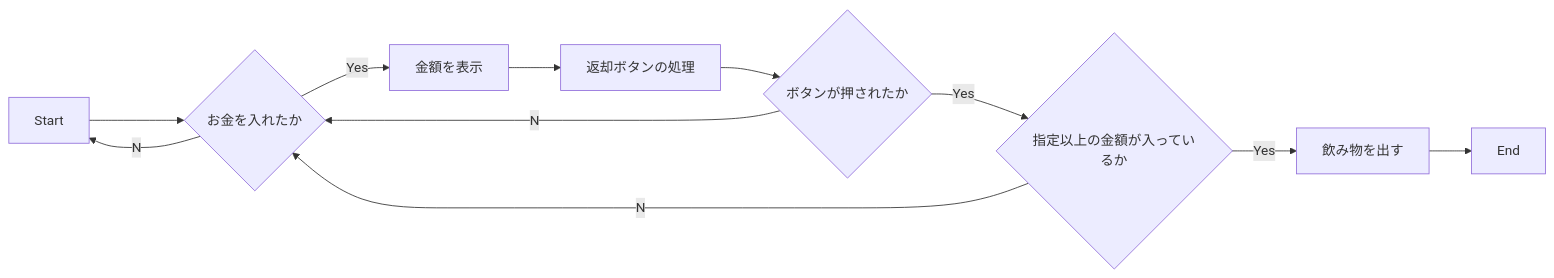
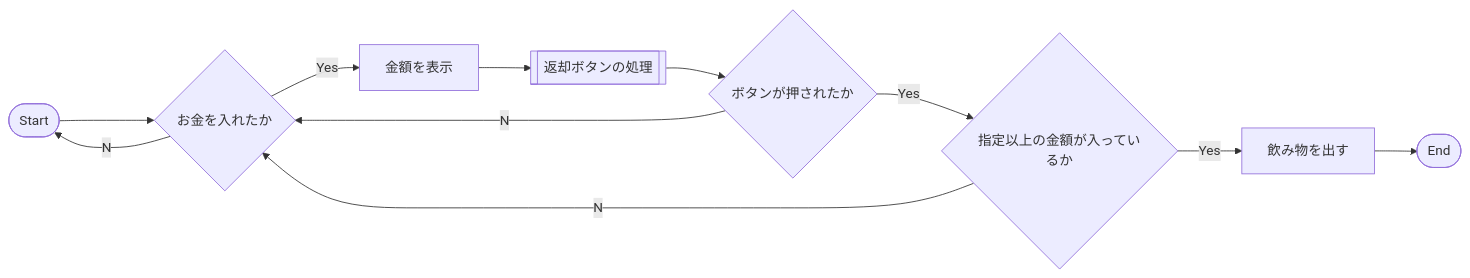
Before and after one commit to tpu-game-2022/mermaid_test: the diagram in README.md, drawn with Mermaid.

Commit message:
フローチャートを変更した

````diff
--- a/README.md
+++ b/README.md
@@ -20,13 +20,13 @@
 ```mermaid
 flowchart LR
-A[Start]-->B{お金を入れたか}
+A([Start])-->B{お金を入れたか}
 B--Yes-->C[金額を表示]
-C-->D[返却ボタンの処理]
+C-->D[[返却ボタンの処理]]
 D-->E{ボタンが押されたか}
 E--Yes-->F{指定以上の金額が入っているか}
 F--Yes-->G[飲み物を出す]
-G-->H[End]
+G-->H([End])
 B--No-->A
 E--No-->B
 F--No-->B
 ```
````
